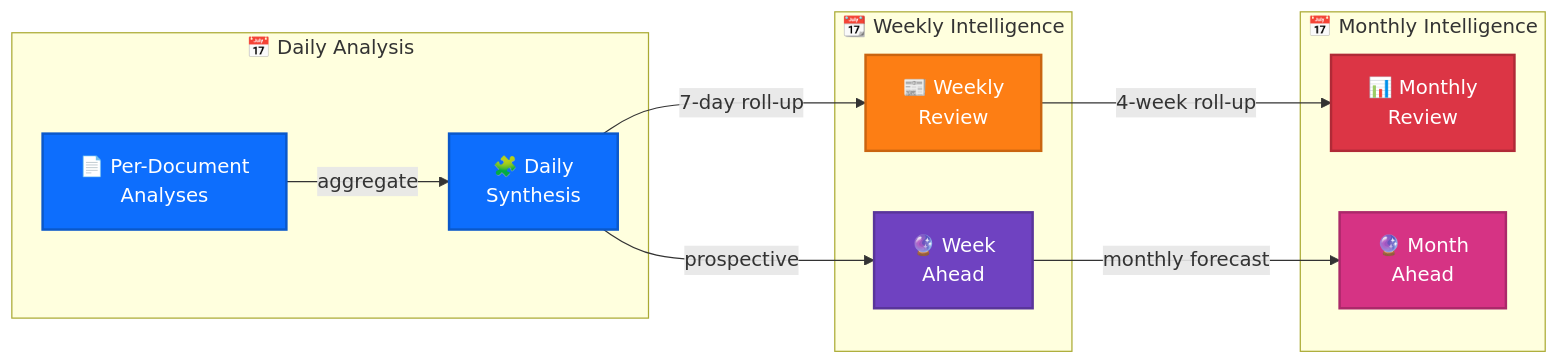
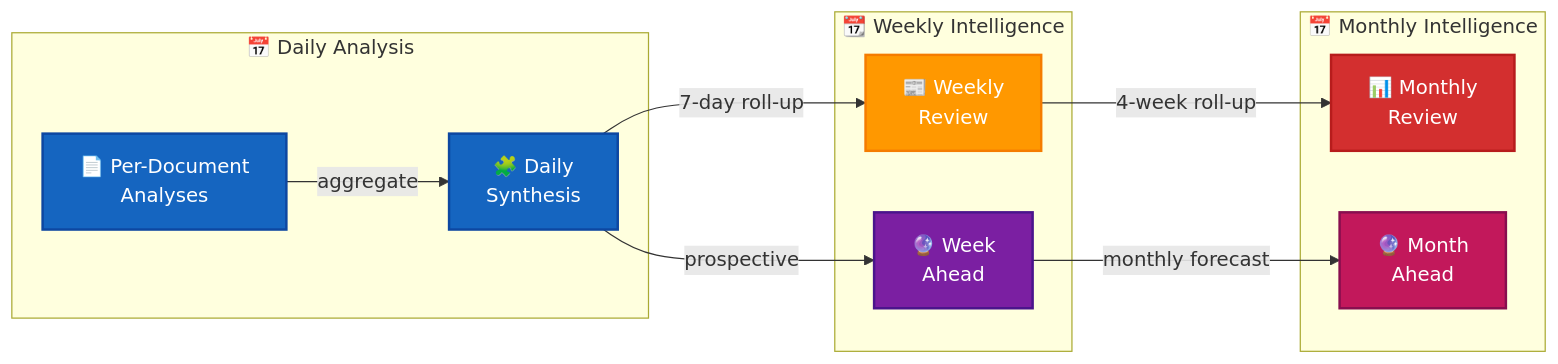
One commit to Hack23/riksdagsmonitor changed the seventh of 7 diagrams in analysis/README.md. Above: the diagram before and after it, drawn with Mermaid. The commit also changed other lines of this file and 785 other files, not shown here.

First line of the commit message:
Normalize mermaid colors across 786 analysis artifacts to ISMS Style Guide palette

````diff
--- a/analysis/README.md
+++ b/analysis/README.md
@@ -851,30 +851,30 @@
 ```mermaid
 graph LR
     subgraph "📅 Daily Analysis"
         D1["📄 Per-Document<br/>Analyses"]
         D2["🧩 Daily<br/>Synthesis"]
     end
 
     subgraph "📆 Weekly Intelligence"
         W1["📰 Weekly<br/>Review"]
         W2["🔮 Week<br/>Ahead"]
     end
 
     subgraph "📅 Monthly Intelligence"
         M1["📊 Monthly<br/>Review"]
         M2["🔮 Month<br/>Ahead"]
     end
 
     D1 -->|"aggregate"| D2
     D2 -->|"7-day roll-up"| W1
     D2 -->|"prospective"| W2
     W1 -->|"4-week roll-up"| M1
     W2 -->|"monthly forecast"| M2
 
-    style D1 fill:#0d6efd,color:#fff,stroke:#0a58ca,stroke-width:2px
-    style D2 fill:#0d6efd,color:#fff,stroke:#0a58ca,stroke-width:2px
-    style W1 fill:#fd7e14,color:#fff,stroke:#ca6510,stroke-width:2px
-    style W2 fill:#6f42c1,color:#fff,stroke:#59359a,stroke-width:2px
-    style M1 fill:#dc3545,color:#fff,stroke:#b02a37,stroke-width:2px
-    style M2 fill:#d63384,color:#fff,stroke:#ab296a,stroke-width:2px
+    style D1 fill:#1565C0,color:#FFFFFF,stroke:#0D47A1,stroke-width:2px
+    style D2 fill:#1565C0,color:#FFFFFF,stroke:#0D47A1,stroke-width:2px
+    style W1 fill:#FF9800,color:#FFFFFF,stroke:#F57C00,stroke-width:2px
+    style W2 fill:#7B1FA2,color:#FFFFFF,stroke:#4A148C,stroke-width:2px
+    style M1 fill:#D32F2F,color:#FFFFFF,stroke:#B71C1C,stroke-width:2px
+    style M2 fill:#C2185B,color:#FFFFFF,stroke:#880E4F,stroke-width:2px
 ```
````
